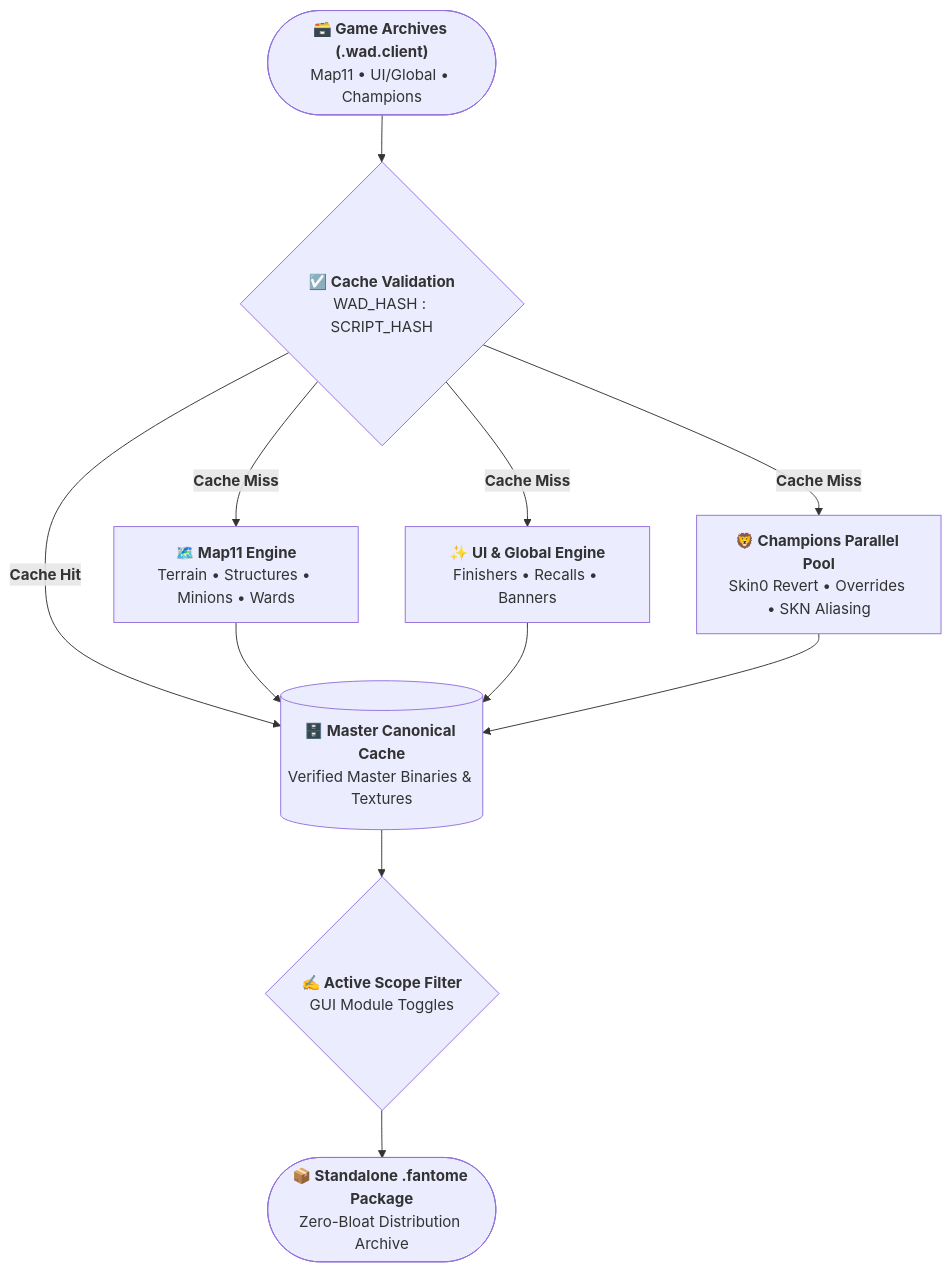
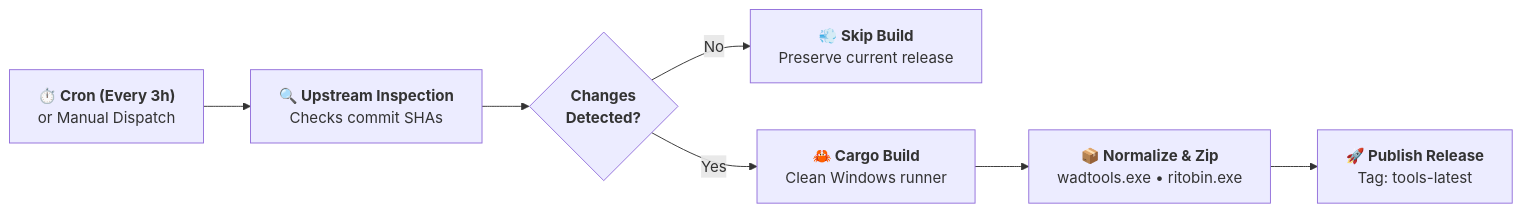
Before and after one commit to gsmeven/vtb-ltk-tools: the diagram in README.md, drawn with Mermaid. The commit also changed other lines of this file, not shown here.

````diff
--- a/README.md
+++ b/README.md
@@ -246,16 +29,9 @@
 ```mermaid
-flowchart TD
-    A(["<b>🗃️ Game Archives (.wad.client)</b><br/>Map11 • UI/Global • Champions"]) --> B{"<b>☑️ Cache Validation</b><br/>WAD_HASH : SCRIPT_HASH"}
-
-    B -- "<b>Cache Hit</b>" --> E[("<b>🗄️ Master Canonical Cache</b><br/>Verified Master Binaries & Textures")]
-    B -- "<b>Cache Miss</b>" --> C1["<b>🗺️ Map11 Engine</b><br/>Terrain • Structures • Minions • Wards"]
-    B -- "<b>Cache Miss</b>" --> C2["<b>✨ UI & Global Engine</b><br/>Finishers • Recalls • Banners"]
-    B -- "<b>Cache Miss</b>" --> C3["<b>🦁 Champions Parallel Pool</b><br/>Skin0 Revert • Overrides • SKN Aliasing"]
-
-    C1 --> E
-    C2 --> E
-    C3 --> E
-
-    E --> F{"<b>✍️ Active Scope Filter</b><br/>GUI Module Toggles"}
-    F --> G(["<b>📦️ Standalone .fantome Package</b><br/>Zero-Bloat Distribution Archive"])
+flowchart LR
+    A["<b>⏱️ Cron (Every 3h)</b><br/>or Manual Dispatch"] --> B["<b>🔍 Upstream Inspection</b><br/>Checks commit SHAs"]
+    B --> C{"<b>Changes<br/>Detected?</b>"}
+    C -- "No" --> D["<b>💨 Skip Build</b><br/>Preserve current release"]
+    C -- "Yes" --> E["<b>🦀 Cargo Build</b><br/>Clean Windows runner"]
+    E --> F["<b>📦 Normalize & Zip</b><br/>wadtools.exe • ritobin.exe"]
+    F --> G["<b>🚀 Publish Release</b><br/>Tag: tools-latest"]
 ```
````
